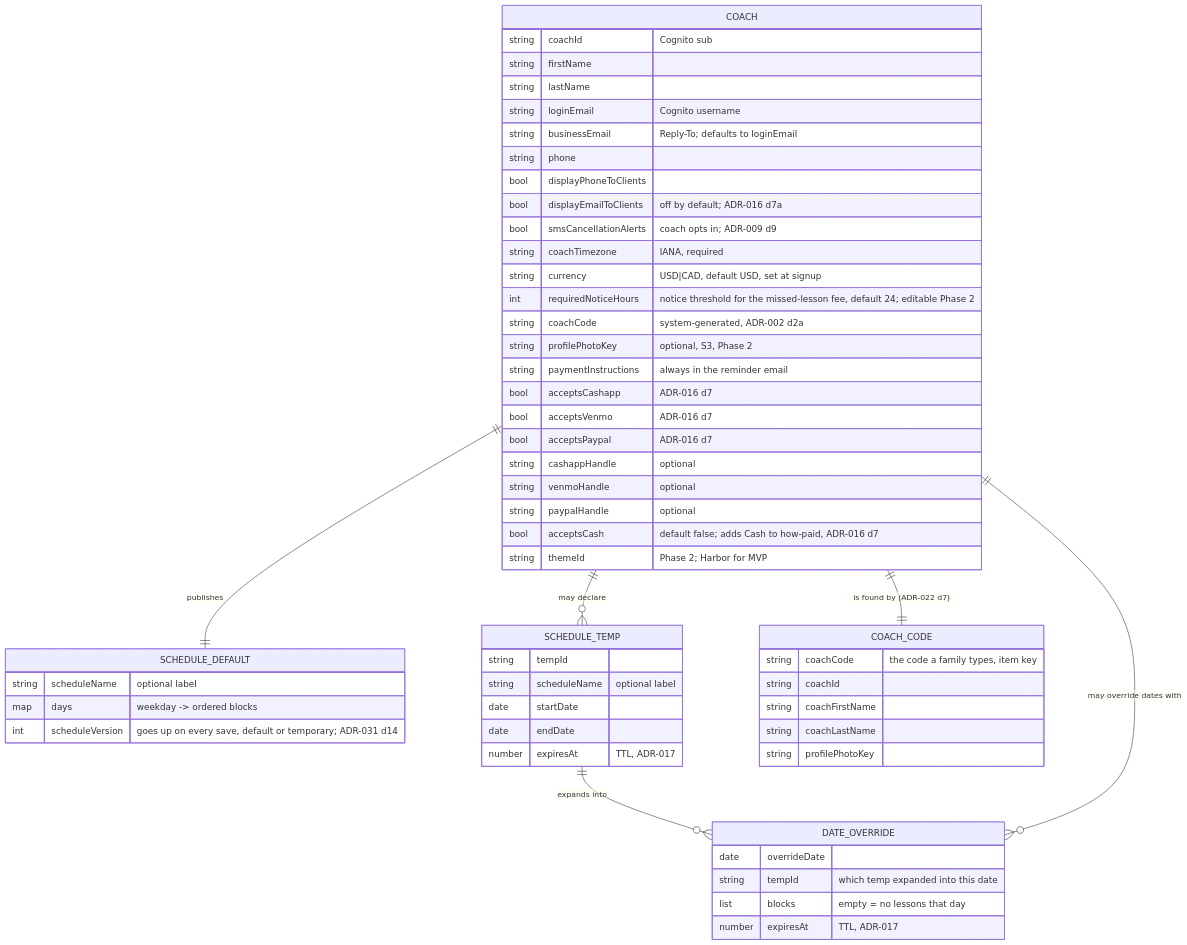
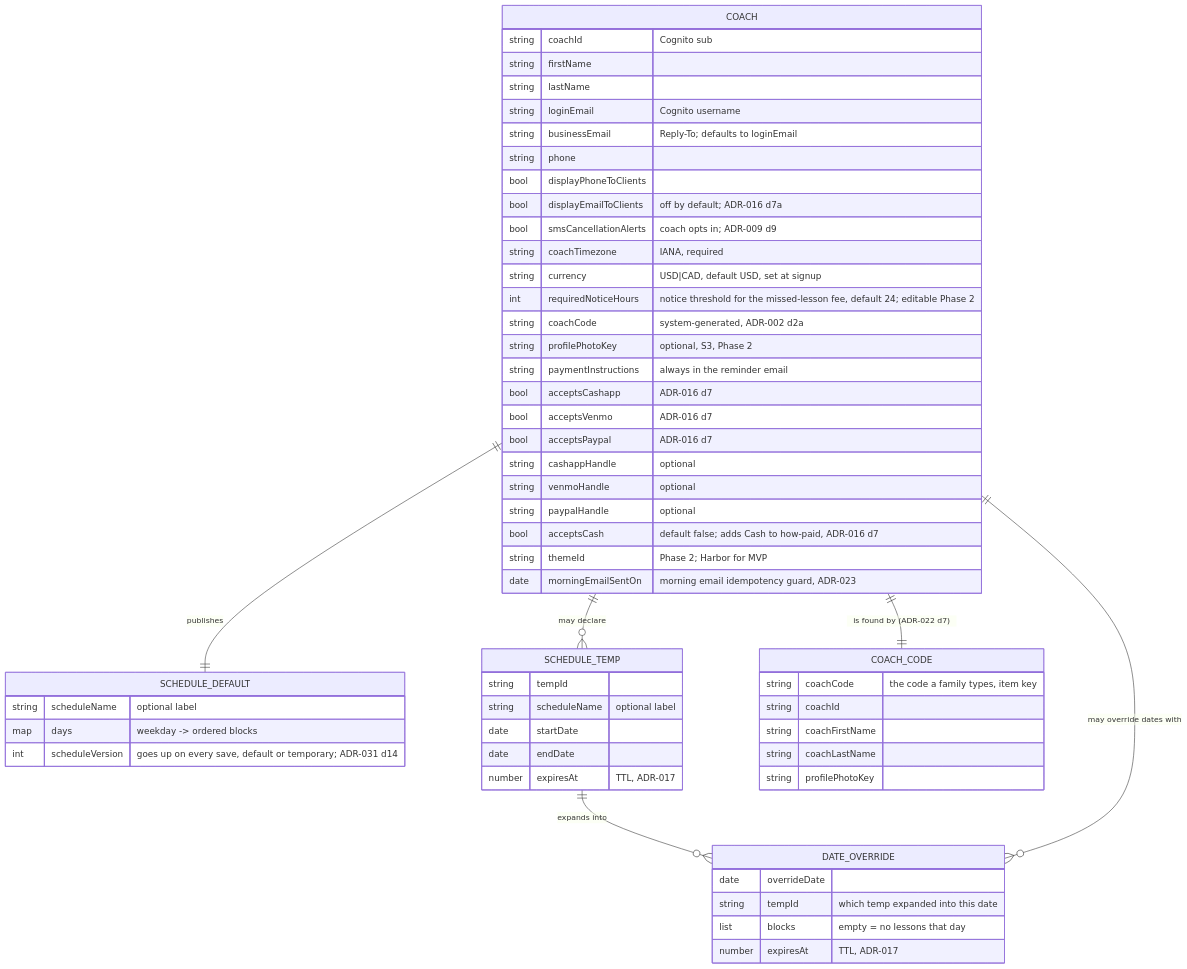
The fourth of 28 diagrams in docs/architecture.md (jessicamvega6/bladebook), drawn with Mermaid before and after one commit. The commit also changed other lines of this file and 58 other files, not shown here.

First line of the commit message:
Rinkside access: Today-page link and the coach's morning email

````diff
--- a/docs/architecture.md
+++ b/docs/architecture.md
@@ -257,59 +257,60 @@
 ```mermaid
 erDiagram
     COACH ||--|| SCHEDULE_DEFAULT : "publishes"
     COACH ||--o{ SCHEDULE_TEMP : "may declare"
     SCHEDULE_TEMP ||--o{ DATE_OVERRIDE : "expands into"
     COACH ||--o{ DATE_OVERRIDE : "may override dates with"
     COACH ||--|| COACH_CODE : "is found by (ADR-022 d7)"
 
     COACH {
         string coachId "Cognito sub"
         string firstName
         string lastName
         string loginEmail "Cognito username"
         string businessEmail "Reply-To; defaults to loginEmail"
         string phone
         bool   displayPhoneToClients
         bool   displayEmailToClients "off by default; ADR-016 d7a"
         bool   smsCancellationAlerts "coach opts in; ADR-009 d9"
         string coachTimezone "IANA, required"
         string currency "USD|CAD, default USD, set at signup"
         int    requiredNoticeHours "notice threshold for the missed-lesson fee, default 24; editable Phase 2"
         string coachCode "system-generated, ADR-002 d2a"
         string profilePhotoKey "optional, S3, Phase 2"
         string paymentInstructions "always in the reminder email"
         bool   acceptsCashapp "ADR-016 d7"
         bool   acceptsVenmo "ADR-016 d7"
         bool   acceptsPaypal "ADR-016 d7"
         string cashappHandle "optional"
         string venmoHandle "optional"
         string paypalHandle "optional"
         bool   acceptsCash "default false; adds Cash to how-paid, ADR-016 d7"
         string themeId "Phase 2; Harbor for MVP"
+        date   morningEmailSentOn "morning email idempotency guard, ADR-023"
     }
     SCHEDULE_DEFAULT {
         string scheduleName "optional label"
         map days "weekday -> ordered blocks"
         int    scheduleVersion "goes up on every save, default or temporary; ADR-031 d14"
     }
     SCHEDULE_TEMP {
         string tempId
         string scheduleName "optional label"
         date   startDate
         date   endDate
         number expiresAt "TTL, ADR-017"
     }
     DATE_OVERRIDE {
         date   overrideDate
         string tempId "which temp expanded into this date"
         list   blocks "empty = no lessons that day"
         number expiresAt "TTL, ADR-017"
     }
     COACH_CODE {
         string coachCode "the code a family types, item key"
         string coachId
         string coachFirstName
         string coachLastName
         string profilePhotoKey
     }
 ```
````
